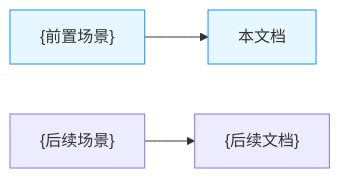
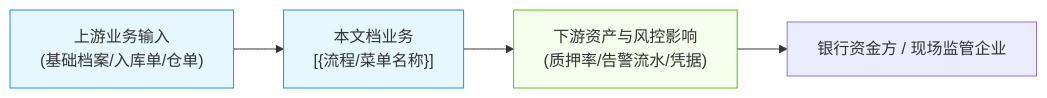
Before and after one commit to RobertHuang999/SYZC: the first of 3 diagrams in 05-常用模板/需求处理/1-2 (输出)业务流程推演模板.md, drawn with Mermaid. The commit also changed other lines of this file and 19 other files, not shown here.

````diff
--- a/05-常用模板/需求处理/1-2 (输出)业务流程推演模板.md
+++ b/05-常用模板/需求处理/1-2 (输出)业务流程推演模板.md
@@ -71,8 +44,10 @@
 ```mermaid
 graph LR
-    A["{前置场景}"] --> B["本文档"]
-    C["{后续场景}"] --> D["{后续文档}"]
+    A["上游业务输入<br/>(基础档案/入库单/仓单)"] --> B["本文档业务<br/>[{流程/菜单名称}]"]
+    B --> C["下游资产与风控影响<br/>(质押率/告警流水/凭据)"]
+    C --> D["银行资金方 / 现场监管企业"]
 
     style A fill:#e6f7ff,stroke:#1890ff
     style B fill:#e6f7ff,stroke:#1890ff
+    style C fill:#f6ffed,stroke:#52c41a
 ```
````
